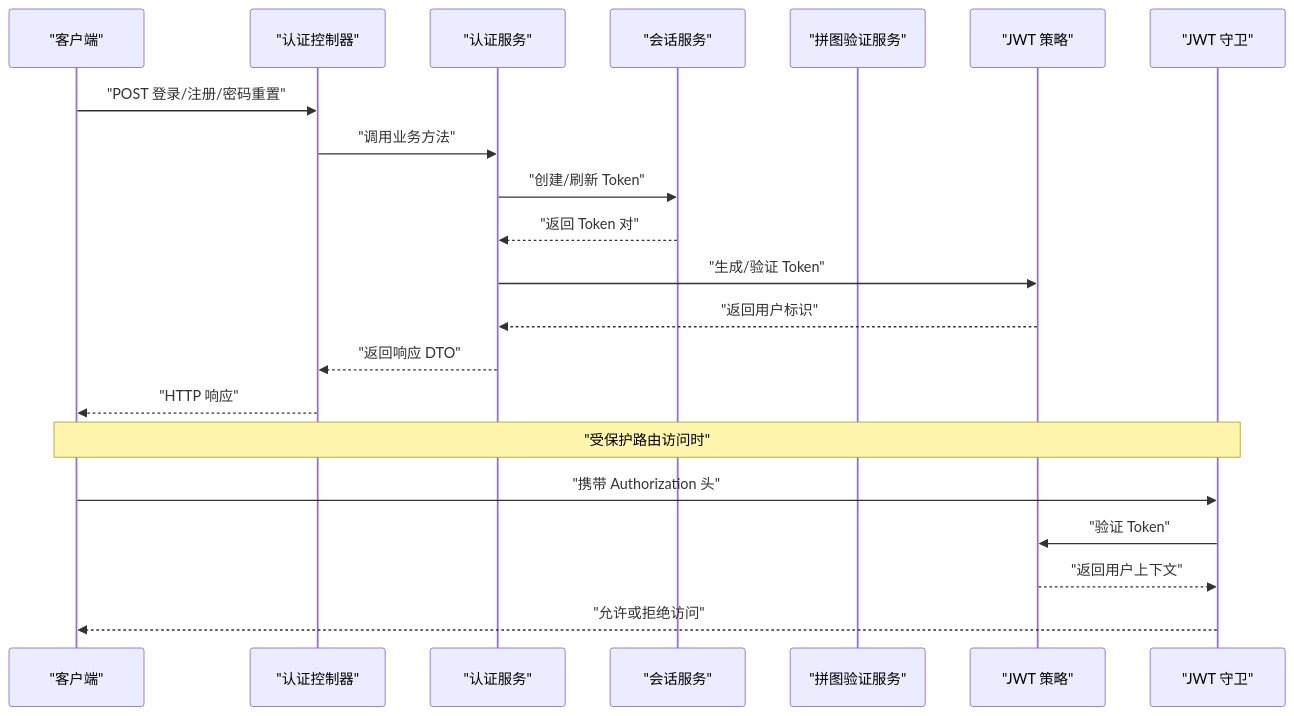
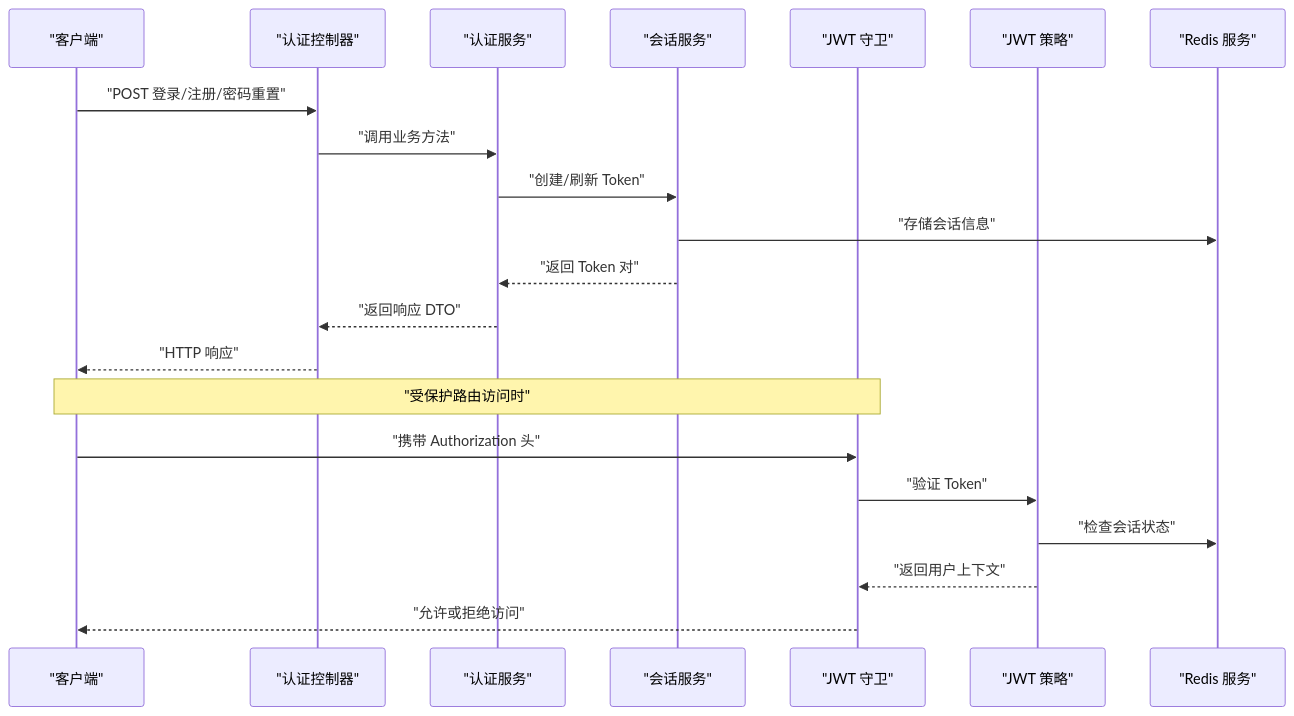
One commit to rc558620/purelyprofit-server changed the second of 13 diagrams in .qoder/repowiki/zh/content/认证授权系统/JWT 认证机制.md. Above: the diagram before and after it, drawn with Mermaid. The commit also changed other lines of this file and 18 other files, not shown here.

````diff
--- a/.qoder/repowiki/zh/content/认证授权系统/JWT 认证机制.md
+++ b/.qoder/repowiki/zh/content/认证授权系统/JWT 认证机制.md
@@ -136,23 +109,23 @@
 ```mermaid
 sequenceDiagram
 participant Client as "客户端"
 participant Ctrl as "认证控制器"
 participant AuthSvc as "认证服务"
 participant SessionSvc as "会话服务"
-participant CaptchaSvc as "拼图验证服务"
-participant PassStrat as "JWT 策略"
 participant Guard as "JWT 守卫"
+participant Strategy as "JWT 策略"
+participant Redis as "Redis 服务"
 Client->>Ctrl : "POST 登录/注册/密码重置"
 Ctrl->>AuthSvc : "调用业务方法"
 AuthSvc->>SessionSvc : "创建/刷新 Token"
+SessionSvc->>Redis : "存储会话信息"
 SessionSvc-->>AuthSvc : "返回 Token 对"
-AuthSvc->>PassStrat : "生成/验证 Token"
-PassStrat-->>AuthSvc : "返回用户标识"
 AuthSvc-->>Ctrl : "返回响应 DTO"
 Ctrl-->>Client : "HTTP 响应"
 Note over Client,Guard : "受保护路由访问时"
 Client->>Guard : "携带 Authorization 头"
-Guard->>PassStrat : "验证 Token"
-PassStrat-->>Guard : "返回用户上下文"
+Guard->>Strategy : "验证 Token"
+Strategy->>Redis : "检查会话状态"
+Strategy-->>Guard : "返回用户上下文"
 Guard-->>Client : "允许或拒绝访问"
 ```
````
